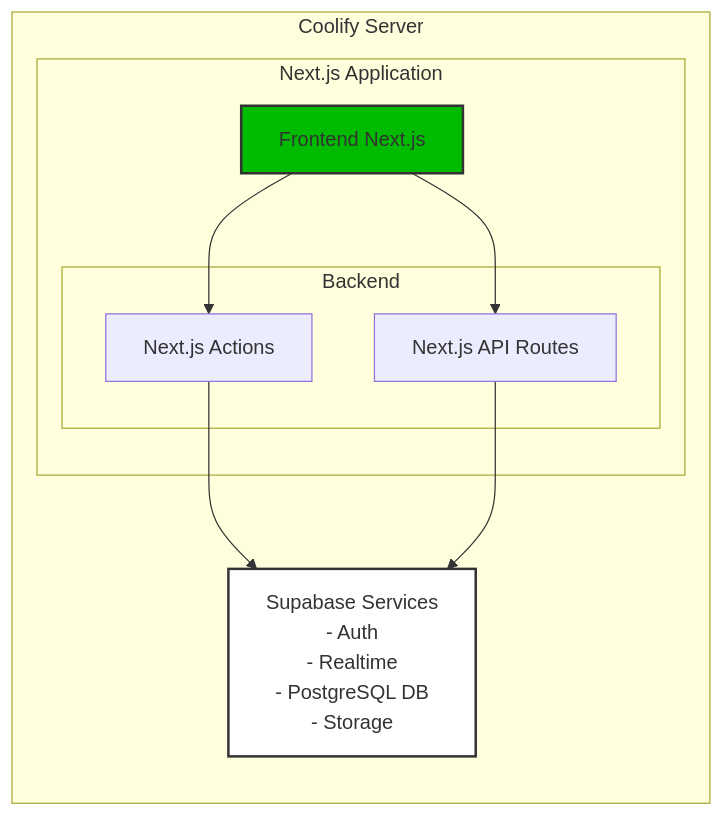
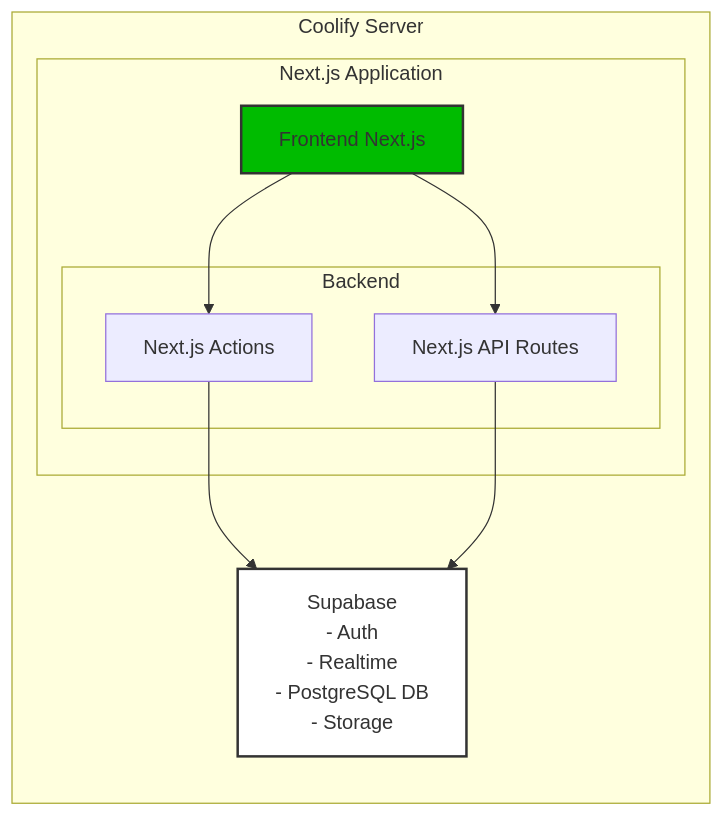
One commit to tao101/Self-Hosted-Next.js-Supabase-Fullstack-Starter-Template changed the first of 2 diagrams in architecture.md. Above: the diagram before and after it, drawn with Mermaid. The commit also changed other lines of this file, not shown here.

Commit message:
Update Supabase service label in architecture diagram
- Remove "Services" text from Supabase node label
- Simplify Supabase node representation while maintaining key service details

````diff
--- a/architecture.md
+++ b/architecture.md
@@ -43,17 +43,17 @@
 ```mermaid
 graph LR
 subgraph Coolify Server
 subgraph Next.js Application
 A[Frontend Next.js]
 subgraph Backend
 B[Next.js Actions]
 C[Next.js API Routes]
 end
 end
-D[Supabase Services<br/>- Auth<br/>- Realtime<br/>- PostgreSQL DB<br/>- Storage]
+D[Supabase <br/>- Auth<br/>- Realtime<br/>- PostgreSQL DB<br/>- Storage]
 A --> B & C
 B & C --> D
 end
 style A fill:#0b0,stroke:#333,stroke-width:2px
 style D fill:#fff,stroke:#333,stroke-width:2px
 ```
````
